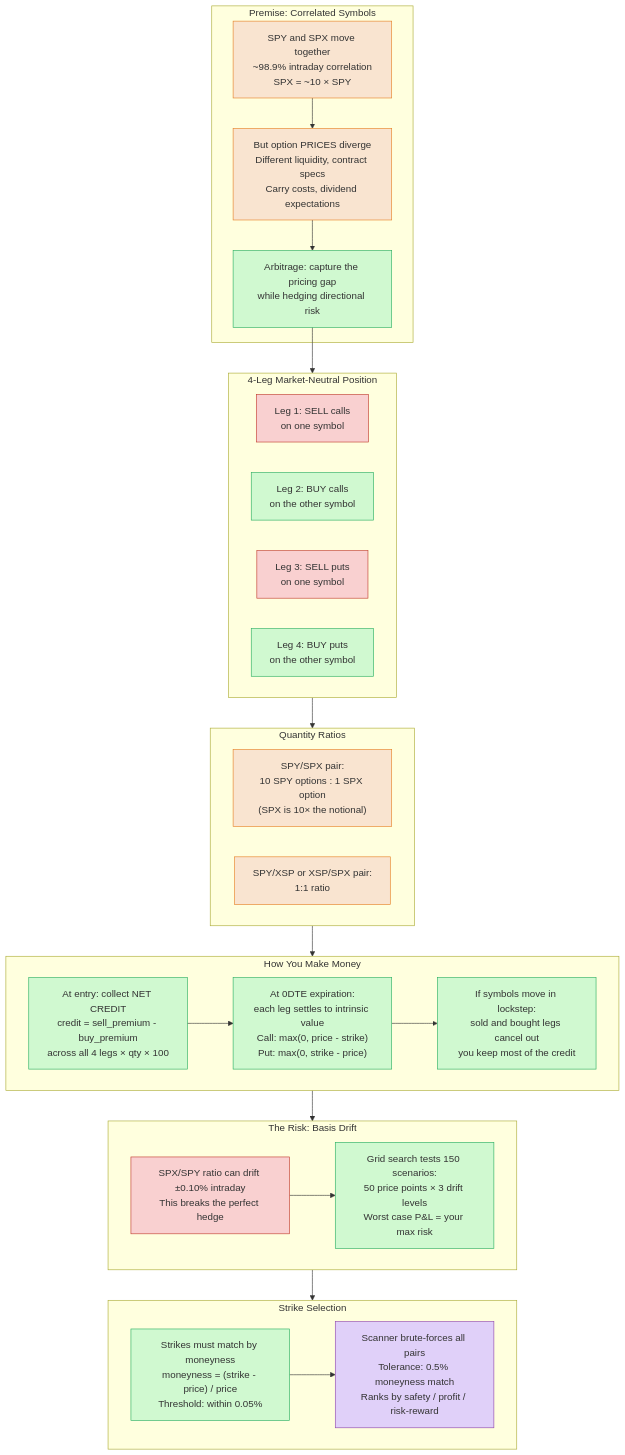
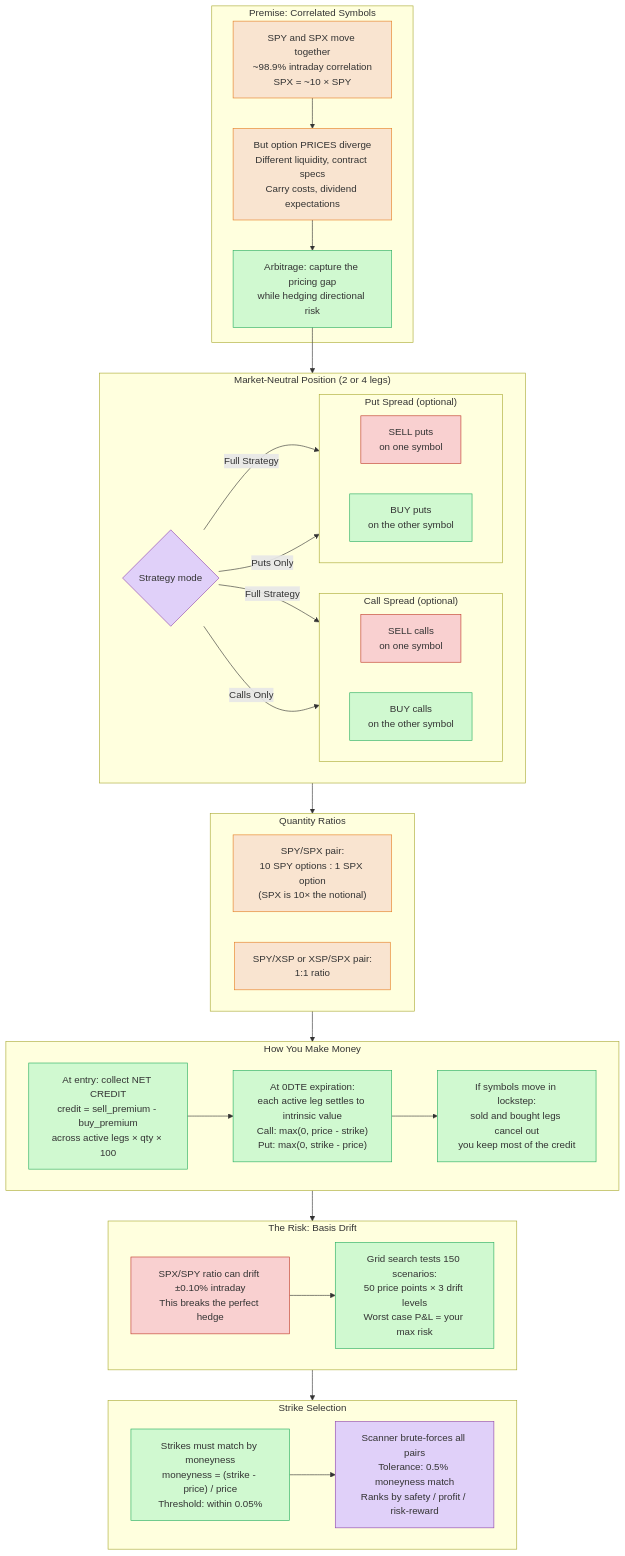
One commit to johnnyohwishingtree/optionsarbitrage changed the diagram in docs/architecture/strategy-overview.mmd. Above: the diagram before and after it, drawn with Mermaid. The commit also changed 7 other files, not shown here.

```diff
--- a/docs/architecture/strategy-overview.mmd
+++ b/docs/architecture/strategy-overview.mmd
@@ -1,56 +1,66 @@
 %% Strategy Overview — How the Arbitrage Works
-%% Updated: 2026-02-13
+%% Updated: 2026-02-14
 %% This diagram explains the BUSINESS STRATEGY, not the code structure.
 
 flowchart TD
     subgraph Premise["Premise: Correlated Symbols"]
         CORRELATION["SPY and SPX move together\n~98.9% intraday correlation\nSPX = ~10 × SPY"]:::data
         GAP["But option PRICES diverge\nDifferent liquidity, contract specs\nCarry costs, dividend expectations"]:::data
         OPPORTUNITY["Arbitrage: capture the pricing gap\nwhile hedging directional risk"]:::function
         CORRELATION --> GAP --> OPPORTUNITY
     end
 
-    subgraph Position["4-Leg Market-Neutral Position"]
-        direction LR
-        LEG_SC["Leg 1: SELL calls\non one symbol"]:::external
-        LEG_BC["Leg 2: BUY calls\non the other symbol"]:::function
-        LEG_SP["Leg 3: SELL puts\non one symbol"]:::external
-        LEG_BP["Leg 4: BUY puts\non the other symbol"]:::function
+    subgraph Position["Market-Neutral Position (2 or 4 legs)"]
+        STRATEGY_SEL{"Strategy mode"}:::tab
+        subgraph CallLegs["Call Spread (optional)"]
+            direction LR
+            LEG_SC["SELL calls\non one symbol"]:::external
+            LEG_BC["BUY calls\non the other symbol"]:::function
+        end
+        subgraph PutLegs["Put Spread (optional)"]
+            direction LR
+            LEG_SP["SELL puts\non one symbol"]:::external
+            LEG_BP["BUY puts\non the other symbol"]:::function
+        end
+        STRATEGY_SEL -->|"Full Strategy"| CallLegs
+        STRATEGY_SEL -->|"Full Strategy"| PutLegs
+        STRATEGY_SEL -->|"Calls Only"| CallLegs
+        STRATEGY_SEL -->|"Puts Only"| PutLegs
     end
 
     subgraph Ratios["Quantity Ratios"]
         RATIO_SPX["SPY/SPX pair:\n10 SPY options : 1 SPX option\n(SPX is 10× the notional)"]:::data
         RATIO_XSP["SPY/XSP or XSP/SPX pair:\n1:1 ratio"]:::data
     end
 
     subgraph Economics["How You Make Money"]
-        CREDIT["At entry: collect NET CREDIT\ncredit = sell_premium - buy_premium\nacross all 4 legs × qty × 100"]:::function
-        SETTLEMENT["At 0DTE expiration:\neach leg settles to intrinsic value\nCall: max(0, price - strike)\nPut: max(0, strike - price)"]:::function
+        CREDIT["At entry: collect NET CREDIT\ncredit = sell_premium - buy_premium\nacross active legs × qty × 100"]:::function
+        SETTLEMENT["At 0DTE expiration:\neach active leg settles to intrinsic value\nCall: max(0, price - strike)\nPut: max(0, strike - price)"]:::function
         LOCKSTEP["If symbols move in lockstep:\nsold and bought legs cancel out\nyou keep most of the credit"]:::function
         CREDIT --> SETTLEMENT --> LOCKSTEP
     end
 
     subgraph Risk["The Risk: Basis Drift"]
         DRIFT["SPX/SPY ratio can drift ±0.10% intraday\nThis breaks the perfect hedge"]:::external
         WORST_CASE["Grid search tests 150 scenarios:\n50 price points × 3 drift levels\nWorst case P&L = your max risk"]:::function
         DRIFT --> WORST_CASE
     end
 
     subgraph StrikeSelection["Strike Selection"]
         MONEYNESS["Strikes must match by moneyness\nmoneyness = (strike - price) / price\nThreshold: within 0.05%"]:::function
         SCANNER["Scanner brute-forces all pairs\nTolerance: 0.5% moneyness match\nRanks by safety / profit / risk-reward"]:::tab
         MONEYNESS --> SCANNER
     end
 
     OPPORTUNITY --> Position
     Position --> Ratios
     Ratios --> Economics
     Economics --> Risk
     Risk --> StrikeSelection
 
     %% Style definitions
     classDef external  fill:#f9d0d0,stroke:#c0392b,color:#333
     classDef module    fill:#d0e0f9,stroke:#2471a3,color:#333
     classDef function  fill:#d0f9d0,stroke:#27ae60,color:#333
     classDef data      fill:#f9e4d0,stroke:#e67e22,color:#333
     classDef tab       fill:#e0d0f9,stroke:#8e44ad,color:#333
```
